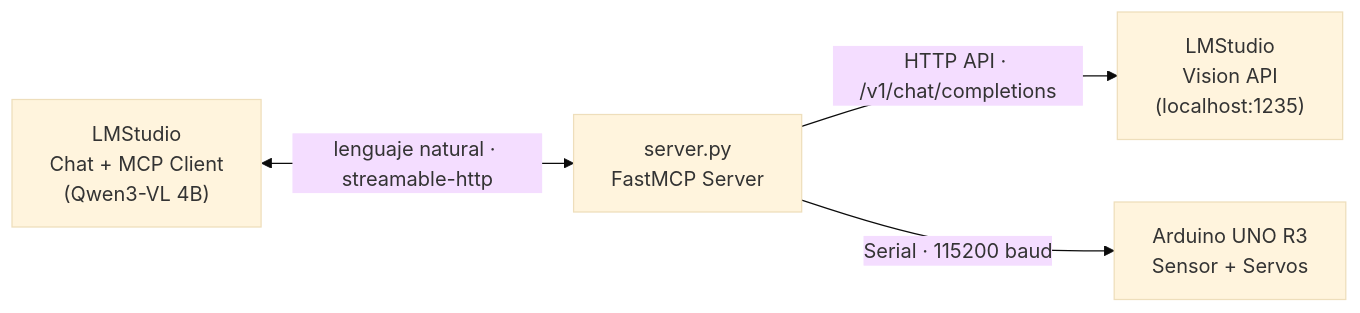
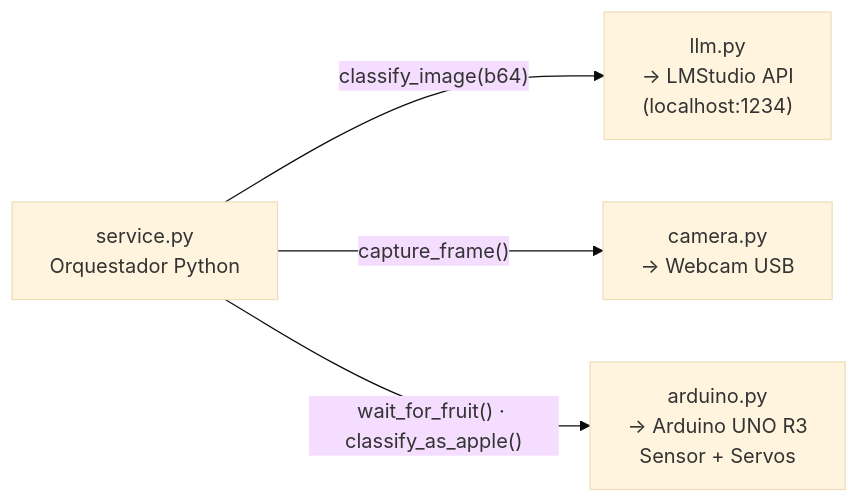
Before and after one commit to AndresMondragon2004/Clasificador-de-frutas-: the first of 2 diagrams in README.md, drawn with Mermaid (base theme). The commit also changed other lines of this file and 7 other files, not shown here.

````diff
--- a/README.md
+++ b/README.md
@@ -79,11 +93,11 @@
 ```mermaid
 graph LR
-    A["LMStudio<br/>Chat + MCP Client<br/>(Qwen3-VL 4B)"]
-    B["server.py<br/>FastMCP Server"]
-    C["LMStudio<br/>Vision API<br/>(localhost:1235)"]
-    D["Arduino UNO R3<br/>Sensor + Servos"]
+    A["service.py<br/>Orquestador Python"]
+    B["llm.py<br/>→ LMStudio API<br/>(localhost:1234)"]
+    C["camera.py<br/>→ Webcam USB"]
+    D["arduino.py<br/>→ Arduino UNO R3<br/>Sensor + Servos"]
 
-    A <-->|"lenguaje natural · streamable-http"| B
-    B -->|"HTTP API · /v1/chat/completions"| C
-    B -->|"Serial · 115200 baud"| D
+    A -->|"classify_image(b64)"| B
+    A -->|"capture_frame()"| C
+    A -->|"wait_for_fruit() · classify_as_apple()"| D
 ```
````
